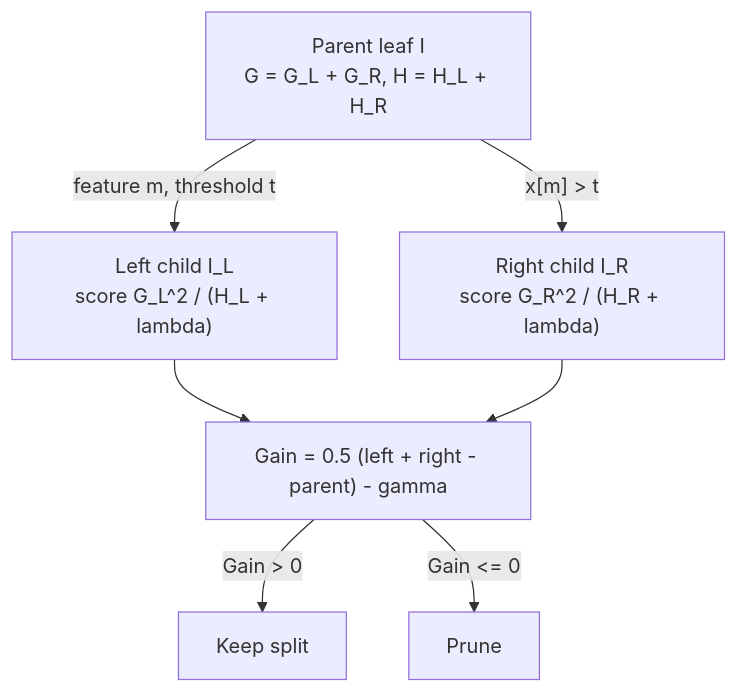
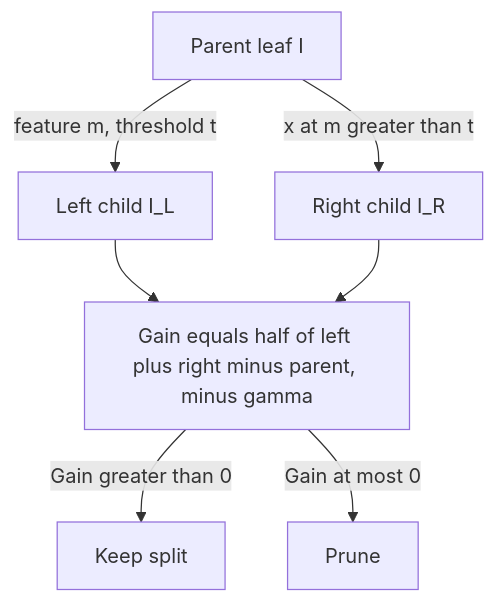
One commit to mikenguyen13/ai_in_action changed the second of 2 diagrams in 107-xgboost-theory-practice.qmd. Above: the diagram before and after it, drawn with Mermaid. The commit also changed other lines of this file and 52 other files, not shown here.

Commit message:
Fix Mermaid rendering in 22 chapters: remove ampersands and br tags from node labels, move detail to tables

````diff
--- a/107-xgboost-theory-practice.qmd
+++ b/107-xgboost-theory-practice.qmd
@@ -125,10 +125,10 @@
 ```{mermaid}
 flowchart TD
-    P["Parent leaf I<br/>G = G_L + G_R, H = H_L + H_R"]
-    P -->|"feature m, threshold t"| L["Left child I_L<br/>score G_L^2 / (H_L + lambda)"]
-    P -->|"x[m] > t"| R["Right child I_R<br/>score G_R^2 / (H_R + lambda)"]
-    L --> G["Gain = 0.5 (left + right - parent) - gamma"]
+    P["Parent leaf I"]
+    P -->|"feature m, threshold t"| L["Left child I_L"]
+    P -->|"x at m greater than t"| R["Right child I_R"]
+    L --> G["Gain equals half of left plus right minus parent, minus gamma"]
     R --> G
-    G -->|"Gain > 0"| K[Keep split]
-    G -->|"Gain <= 0"| X[Prune]
+    G -->|"Gain greater than 0"| K["Keep split"]
+    G -->|"Gain at most 0"| X["Prune"]
 ```
````
